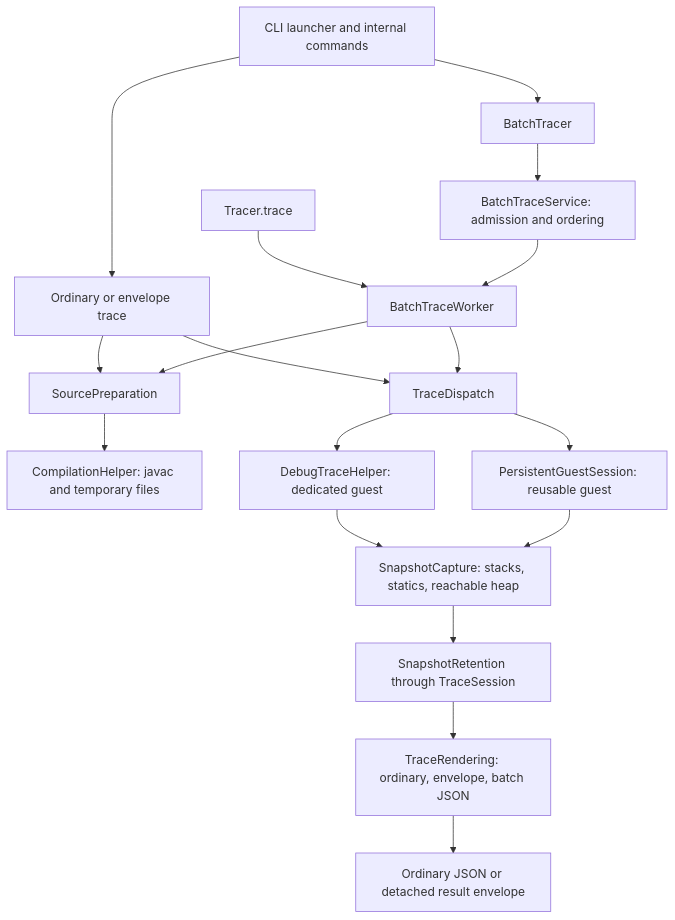
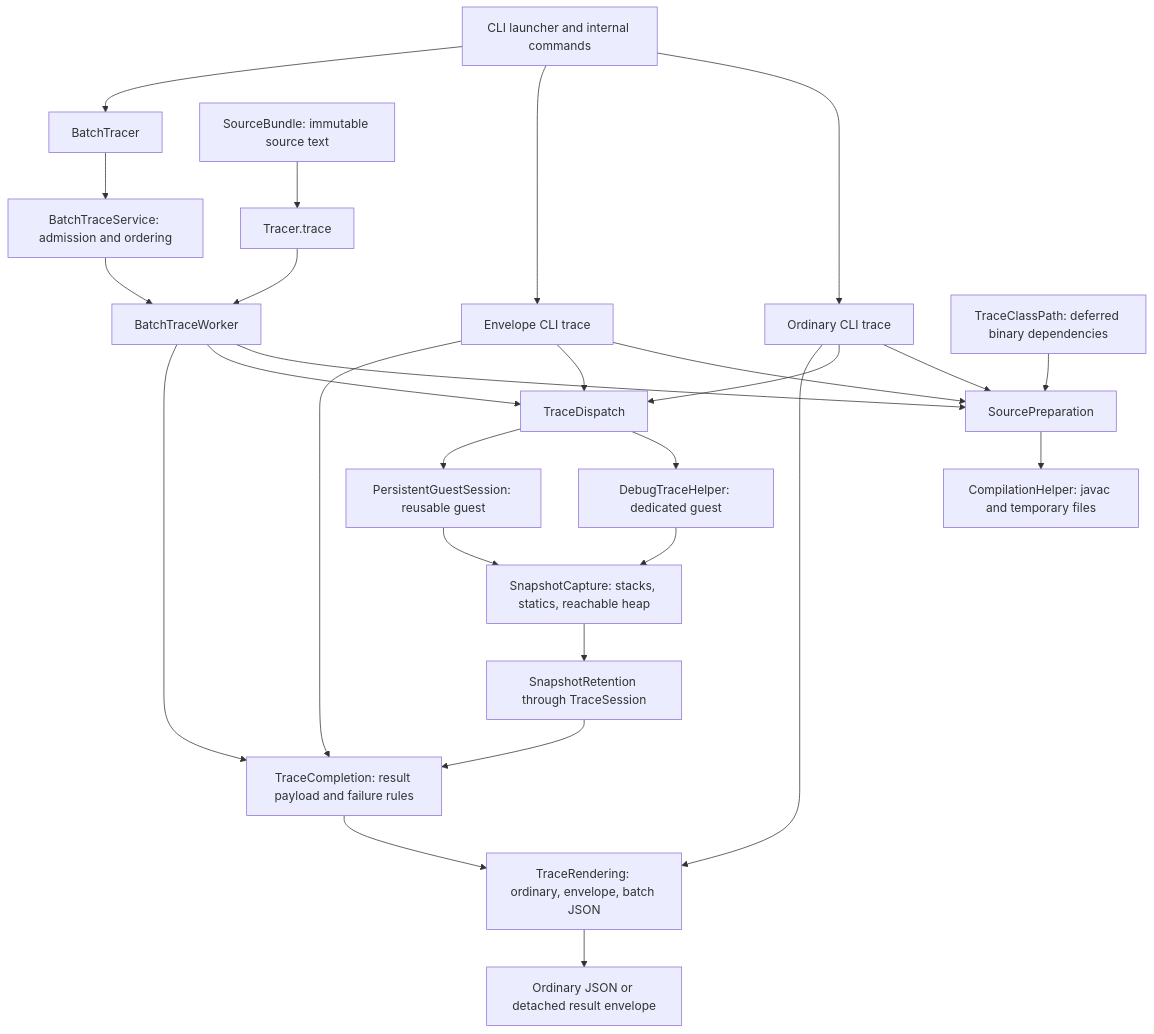
The diagram in website/versioned_docs/version-4.1.0/contributing/architecture.md (cs1302uga/cs1302-tracer), drawn with Mermaid before and after one commit. The commit also changed other lines of this file and 187 other files, not shown here.

````diff
--- a/website/versioned_docs/version-4.1.0/contributing/architecture.md
+++ b/website/versioned_docs/version-4.1.0/contributing/architecture.md
@@ -20,20 +27,29 @@
 ```mermaid
 flowchart TD
-    CLI[CLI launcher and internal commands] --> Ordinary[Ordinary or envelope trace]
+    CLI[CLI launcher and internal commands] --> Ordinary[Ordinary CLI trace]
+    CLI --> Envelope[Envelope CLI trace]
     CLI --> Batch[BatchTracer]
+    Bundle[SourceBundle: immutable source text] --> Java
     Java[Tracer.trace] --> Worker[BatchTraceWorker]
     Batch --> Pool[BatchTraceService: admission and ordering]
     Pool --> Worker
     Ordinary --> Preparation[SourcePreparation]
+    Envelope --> Preparation
     Worker --> Preparation
+    Dependencies[TraceClassPath: deferred binary dependencies] --> Preparation
     Preparation --> Compiler[CompilationHelper: javac and temporary files]
     Ordinary --> Dispatch[TraceDispatch]
+    Envelope --> Dispatch
     Worker --> Dispatch
     Dispatch --> Dedicated[DebugTraceHelper: dedicated guest]
     Dispatch --> Persistent[PersistentGuestSession: reusable guest]
     Dedicated --> Capture[SnapshotCapture: stacks, statics, reachable heap]
     Persistent --> Capture
     Capture --> Retention[SnapshotRetention through TraceSession]
-    Retention --> Render[TraceRendering: ordinary, envelope, batch JSON]
+    Ordinary --> Render[TraceRendering: ordinary, envelope, batch JSON]
+    Envelope --> Completion[TraceCompletion: result payload and failure rules]
+    Worker --> Completion
+    Retention --> Completion
+    Completion --> Render
     Render --> Result[Ordinary JSON or detached result envelope]
 ```
````
